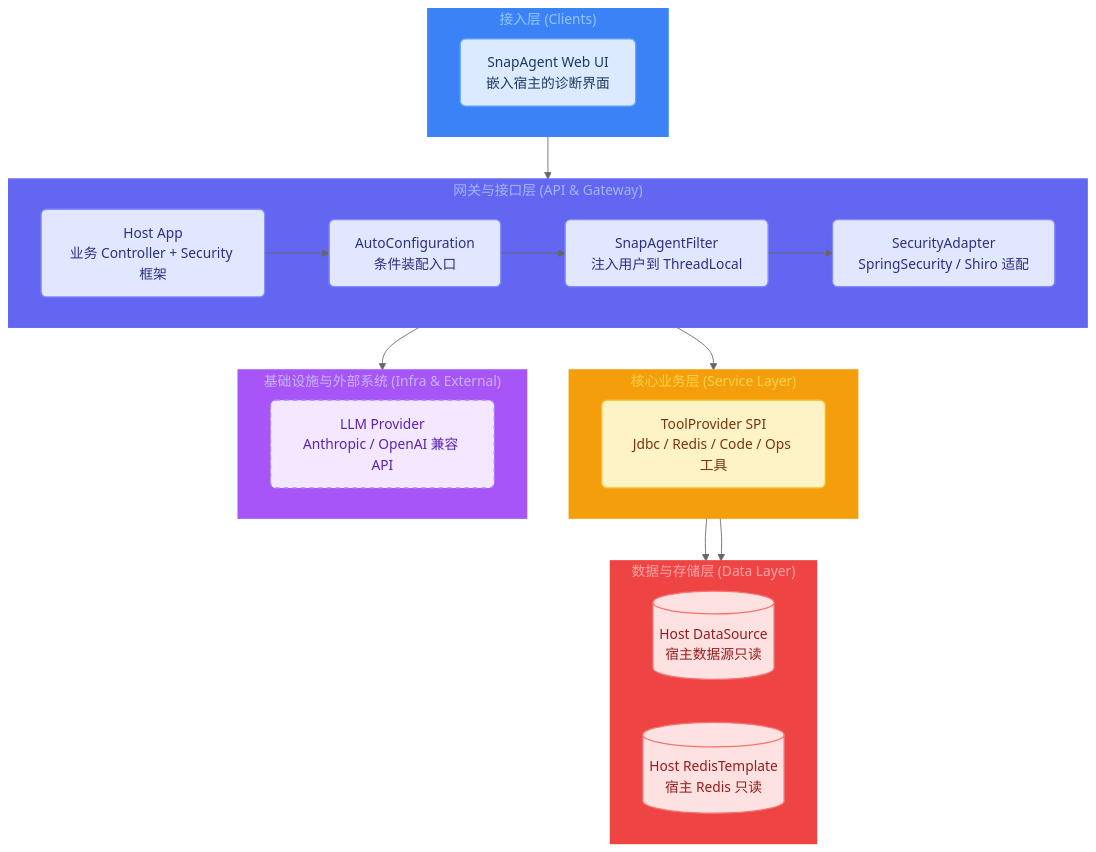
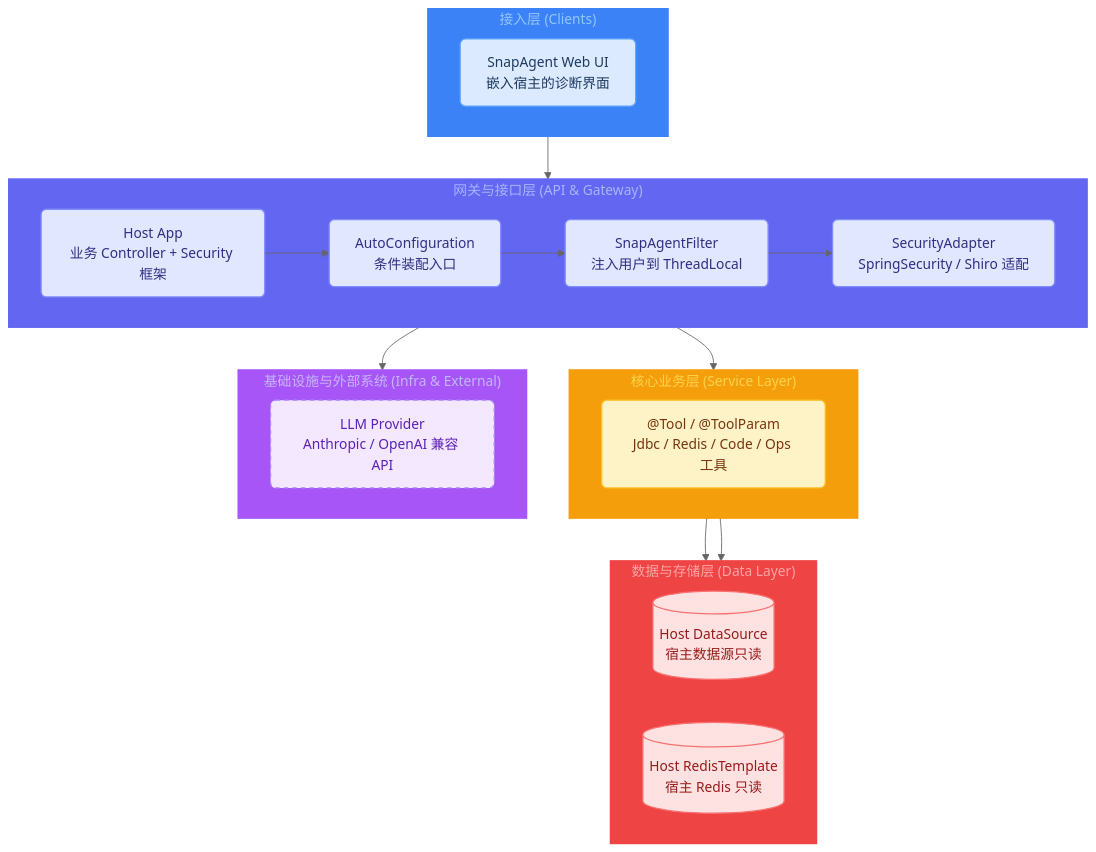
The diagram in docs/site/integration/integration-architecture.mmd (watson-song/snap-agent), drawn with Mermaid (neutral theme) before and after one commit. The commit also changed 47 other files, not shown here.

First line of the commit message:
docs: update all documentation for architecture deepening

```diff
--- a/docs/site/integration/integration-architecture.mmd
+++ b/docs/site/integration/integration-architecture.mmd
@@ -1,57 +1,57 @@
 graph TD
     %% ===== Glassmorphism Node Classes =====
     classDef client fill:#dbeafe,stroke:#60a5fa,stroke-width:1.5px,color:#1e3a5f,rx:6px,ry:6px
     classDef api fill:#e0e7ff,stroke:#818cf8,stroke-width:1.5px,color:#312e81,rx:6px,ry:6px
     classDef service fill:#fef3c7,stroke:#fbbf24,stroke-width:1.5px,color:#78350f,rx:6px,ry:6px
     classDef storage fill:#fee2e2,stroke:#f87171,stroke-width:1.5px,color:#991b1b,rx:6px,ry:6px
     classDef external fill:#f3e8ff,stroke:#a78bfa,stroke-width:1.5px,stroke-dasharray: 5 5,color:#5b21b6,rx:6px,ry:6px
 
     subgraph Client ["接入层 (Clients)"]
         direction LR
         UI["SnapAgent Web UI<br/>嵌入宿主的诊断界面"]
     end
 
     subgraph Gateway ["网关与接口层 (API & Gateway)"]
         direction LR
         HostApp["Host App<br/>业务 Controller + Security 框架"]
         AutoConfig["AutoConfiguration<br/>条件装配入口"]
         Filter["SnapAgentFilter<br/>注入用户到 ThreadLocal"]
         SecurityAdapter["SecurityAdapter<br/>SpringSecurity / Shiro 适配"]
     end
 
     subgraph Service ["核心业务层 (Service Layer)"]
         direction LR
-        ToolSPI["ToolProvider SPI<br/>Jdbc / Redis / Code / Ops 工具"]
+        ToolSPI["@Tool / @ToolParam<br/>Jdbc / Redis / Code / Ops 工具"]
     end
 
     subgraph Data ["数据与存储层 (Data Layer)"]
         direction LR
         DS[("Host DataSource<br/>宿主数据源只读")]
         Redis[("Host RedisTemplate<br/>宿主 Redis 只读")]
     end
 
     subgraph External ["基础设施与外部系统 (Infra & External)"]
         direction LR
         LLM["LLM Provider<br/>Anthropic / OpenAI 兼容 API"]
     end
 
     UI --> HostApp
     HostApp --> AutoConfig
     AutoConfig --> Filter
     Filter --> SecurityAdapter
     AutoConfig --> ToolSPI
     ToolSPI --> DS
     ToolSPI --> Redis
     AutoConfig --> LLM
 
     style Client fill:#3b82f6,stroke:#3b82f6,stroke-width:2px,color:#93c5fd
     style Gateway fill:#6366f1,stroke:#6366f1,stroke-width:2px,color:#a5b4fc
     style Service fill:#f59e0b,stroke:#f59e0b,stroke-width:2px,color:#fcd34d
     style Data fill:#ef4444,stroke:#ef4444,stroke-width:2px,color:#fca5a5
     style External fill:#a855f7,stroke:#a855f7,stroke-width:2px,color:#c4b5fd
 
     class UI client
     class HostApp,AutoConfig,Filter,SecurityAdapter api
     class ToolSPI service
     class DS,Redis storage
     class LLM external
```
